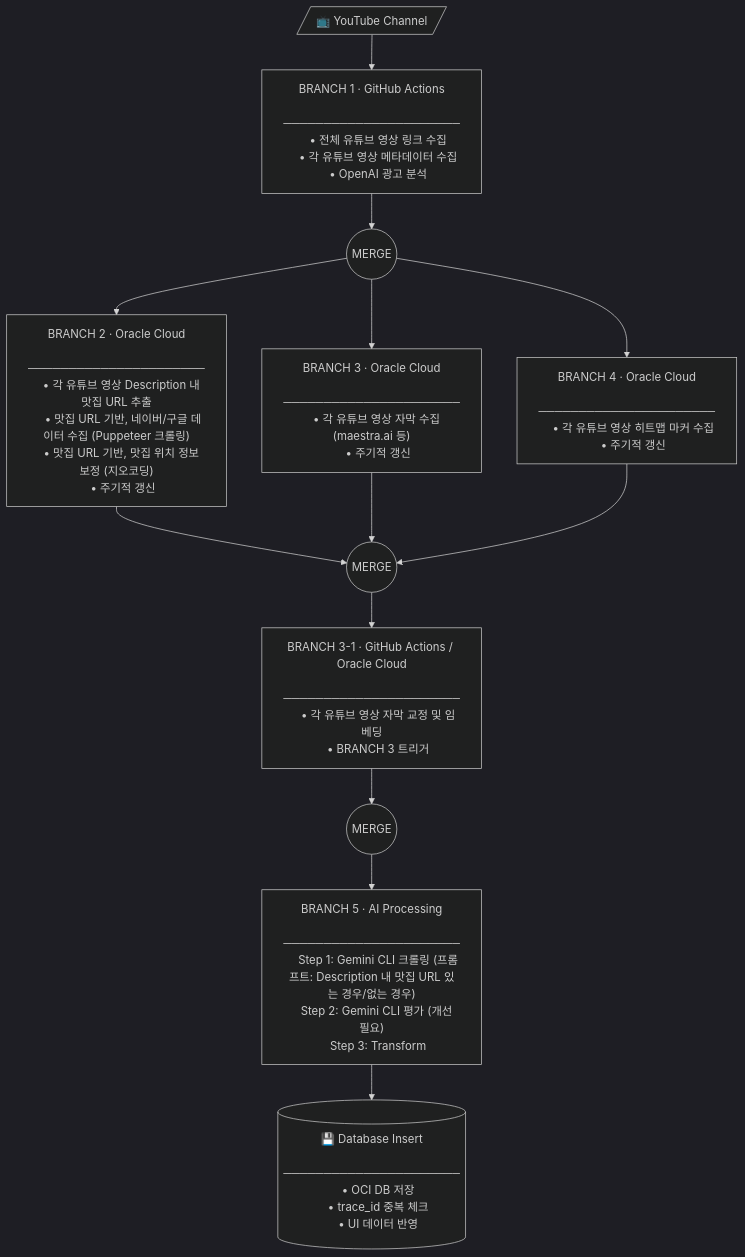
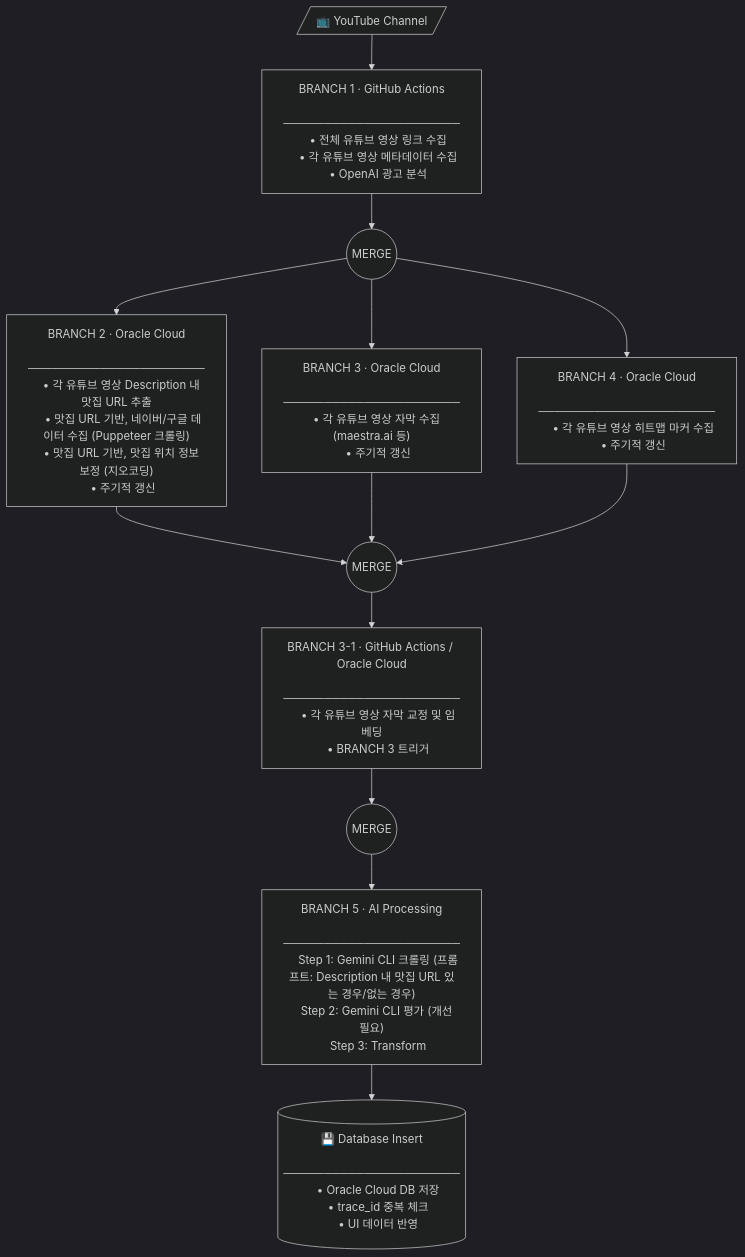
One commit to twoimo/tzudong changed the diagram in backend/tzudong_pipeline_v2.0/README.md. Above: the diagram before and after it, drawn with Mermaid (dark theme).

Commit message:
UPDATE: Modify database label in README.md from 'OCI DB' to 'Oracle Cloud DB' for improved clarity and consistency in the pipeline flow diagram.

````diff
--- a/backend/tzudong_pipeline_v2.0/README.md
+++ b/backend/tzudong_pipeline_v2.0/README.md
@@ -108,59 +108,59 @@
 ```mermaid
 flowchart TD
     YT[/"📺 YouTube Channel"/]
 
     B1["BRANCH 1 · GitHub Actions
     ──────────────────────
     • 전체 유튜브 영상 링크 수집
     • 각 유튜브 영상 메타데이터 수집
     • OpenAI 광고 분석"]
 
     M1(("MERGE"))
 
     B2["BRANCH 2 · Oracle Cloud
     ──────────────────────
     • 각 유튜브 영상 Description 내 맛집 URL 추출
     • 맛집 URL 기반, 네이버/구글 데이터 수집 (Puppeteer 크롤링)
     • 맛집 URL 기반, 맛집 위치 정보 보정 (지오코딩)
     • 주기적 갱신"]
 
     B3["BRANCH 3 · Oracle Cloud
     ──────────────────────
     • 각 유튜브 영상 자막 수집 (maestra.ai 등)
     • 주기적 갱신"]
 
     B4["BRANCH 4 · Oracle Cloud
     ──────────────────────
     • 각 유튜브 영상 히트맵 마커 수집
     • 주기적 갱신"]
 
     M2(("MERGE"))
 
     B3_1["BRANCH 3-1 · GitHub Actions / Oracle Cloud
     ──────────────────────
     • 각 유튜브 영상 자막 교정 및 임베딩
     • BRANCH 3 트리거"]
 
     M3(("MERGE"))
 
     B5["BRANCH 5 · AI Processing
     ──────────────────────
     Step 1: Gemini CLI 크롤링 (프롬프트: Description 내 맛집 URL 있는 경우/없는 경우)
     Step 2: Gemini CLI 평가 (개선 필요)
     Step 3: Transform"]
 
     DB[("💾 Database Insert
     ──────────────────────
-    • OCI DB 저장
+    • Oracle Cloud DB 저장
     • trace_id 중복 체크
     • UI 데이터 반영")]
 
     YT --> B1 --> M1
     M1 --> B2
     M1 --> B3
     M1 --> B4
     B2 --> M2
     B3 --> M2
     B4 --> M2
     M2 --> B3_1 --> M3 --> B5 --> DB
 ```
````
